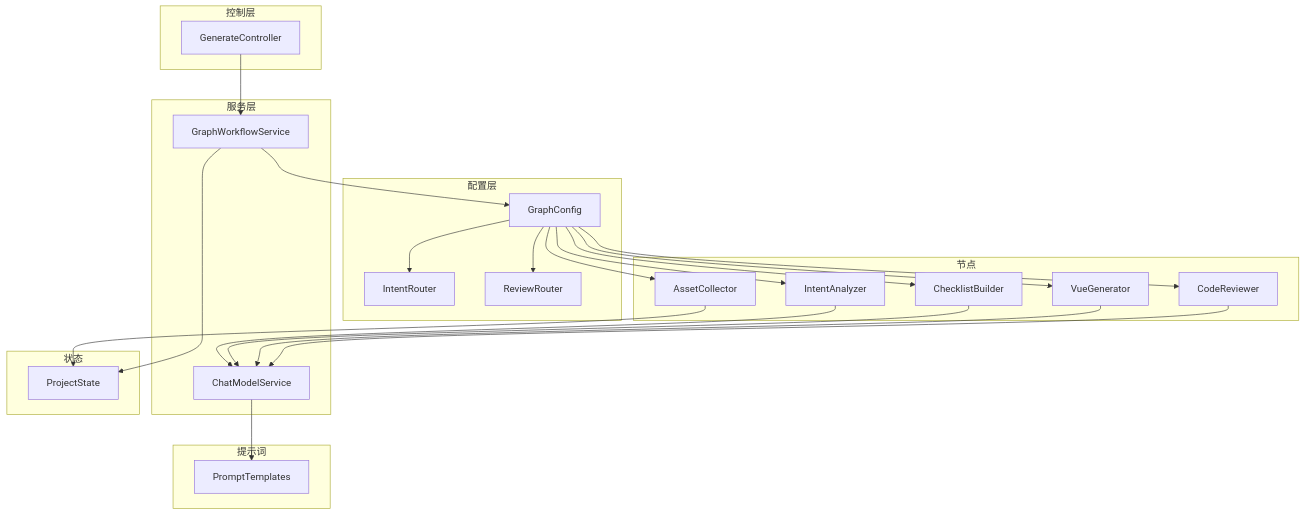
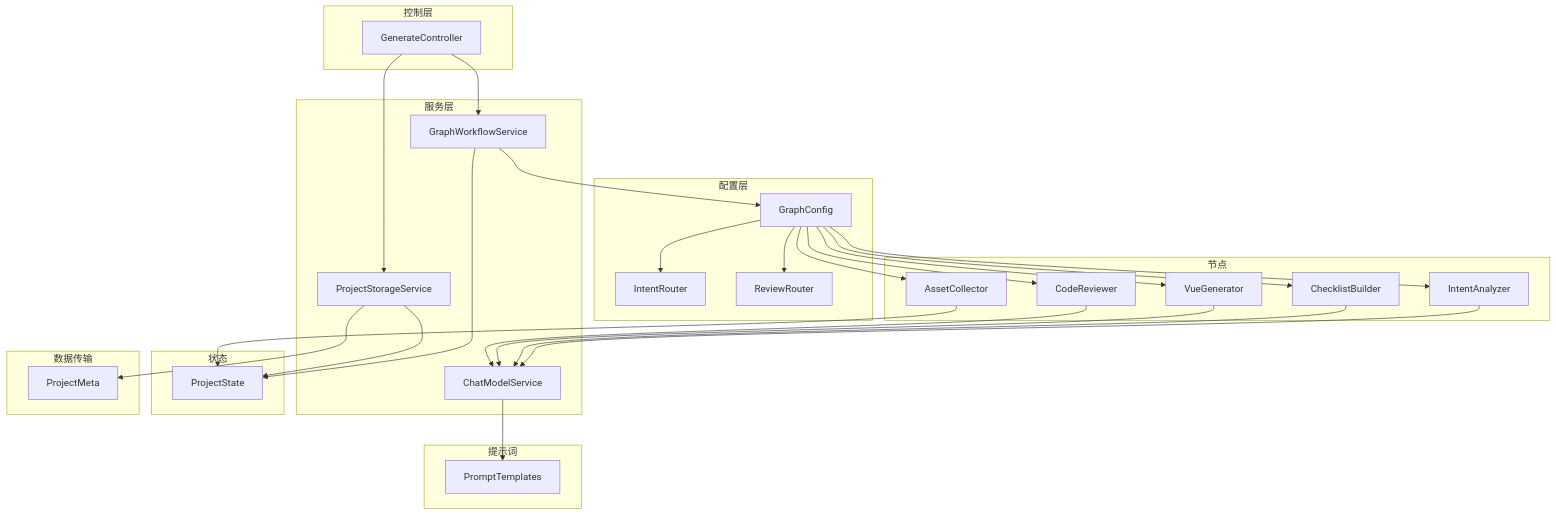
Before and after one commit to CyanYuKi/WebSiteFrontendCodeMother: the first of 6 diagrams in .qoder/repowiki/zh/content/AI工作流系统/AI工作流系统.md, drawn with Mermaid. The commit also changed other lines of this file and 5 other files, not shown here.

````diff
--- a/.qoder/repowiki/zh/content/AI工作流系统/AI工作流系统.md
+++ b/.qoder/repowiki/zh/content/AI工作流系统/AI工作流系统.md
@@ -47,44 +59,51 @@
 ```mermaid
 graph TB
 subgraph "控制层"
 C1["GenerateController"]
 end
 subgraph "服务层"
 S1["GraphWorkflowService"]
 S2["ChatModelService"]
+S3["ProjectStorageService"]
 end
 subgraph "配置层"
 CFG["GraphConfig"]
 R1["IntentRouter"]
 R2["ReviewRouter"]
 end
 subgraph "节点"
 N1["IntentAnalyzer"]
 N2["ChecklistBuilder"]
 N3["AssetCollector"]
 N4["VueGenerator"]
 N5["CodeReviewer"]
 end
 subgraph "状态"
 ST["ProjectState"]
 end
 subgraph "提示词"
 PT["PromptTemplates"]
 end
+subgraph "数据传输"
+DTO["ProjectMeta"]
+end
 C1 --> S1
 S1 --> CFG
 CFG --> N1
 CFG --> N2
 CFG --> N3
 CFG --> N4
 CFG --> N5
 CFG --> R1
 CFG --> R2
 N1 --> S2
 N2 --> S2
 N3 --> ST
 N4 --> S2
 N5 --> S2
 S2 --> PT
 S1 --> ST
+S3 --> ST
+C1 --> S3
+S3 --> DTO
 ```
````
